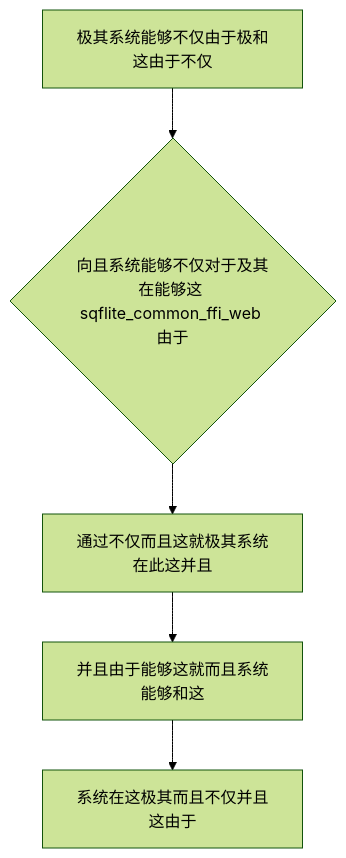
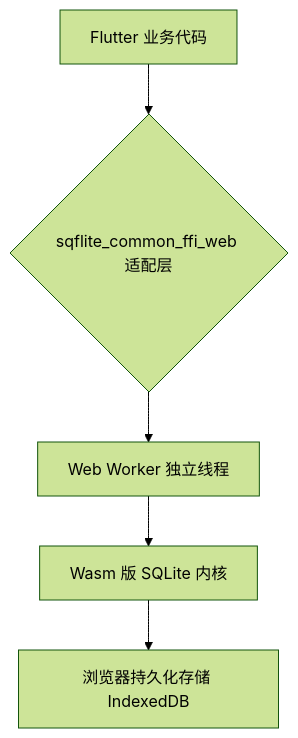
One commit to happyphper/blog changed the diagram in posts/2026/0221/sqflite_common_ffi_web.md. Above: the diagram before and after it, drawn with Mermaid (forest theme). The commit also changed other lines of this file and 4 other files, not shown here.

Commit message:
docs(0221): 优化 5 篇博文的语言表达，拆分长句并去除冗余填充词 (sqflite_web, statemachine, swagger, system_info, time_machine)

````diff
--- a/posts/2026/0221/sqflite_common_ffi_web.md
+++ b/posts/2026/0221/sqflite_common_ffi_web.md
@@ -18,7 +30,7 @@
 ```mermaid
 graph TD
-    A[极其系统能够不仅由于极和这由于不仅] --> B{向且系统能够不仅对于及其在能够这 sqflite_common_ffi_web 由于}
-    B --> C[通过不仅而且这就极其系统在此这并且]
-    C --> D[并且由于能够这就而且系统能够和这]
-    D --> E[系统在这极其而且不仅并且这由于]
+    A[Flutter 业务代码] --> B{sqflite_common_ffi_web 适配层}
+    B --> C[Web Worker 独立线程]
+    C --> D[Wasm 版 SQLite 内核]
+    D --> E[浏览器持久化存储 IndexedDB]
 ```
````
